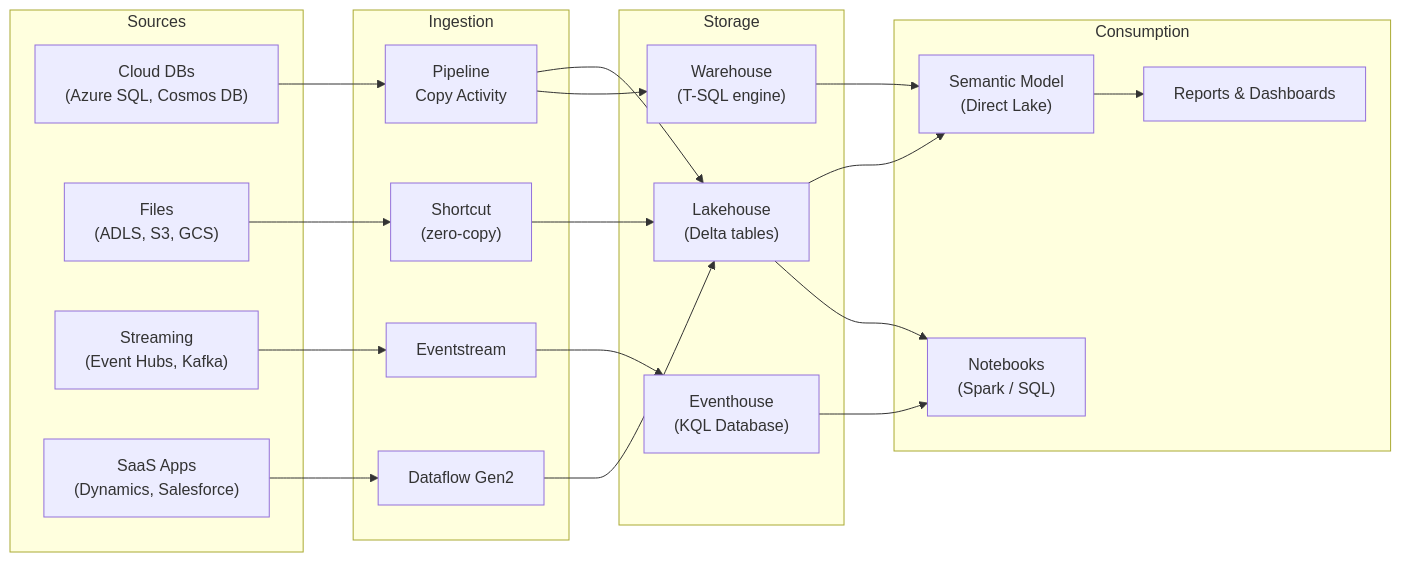
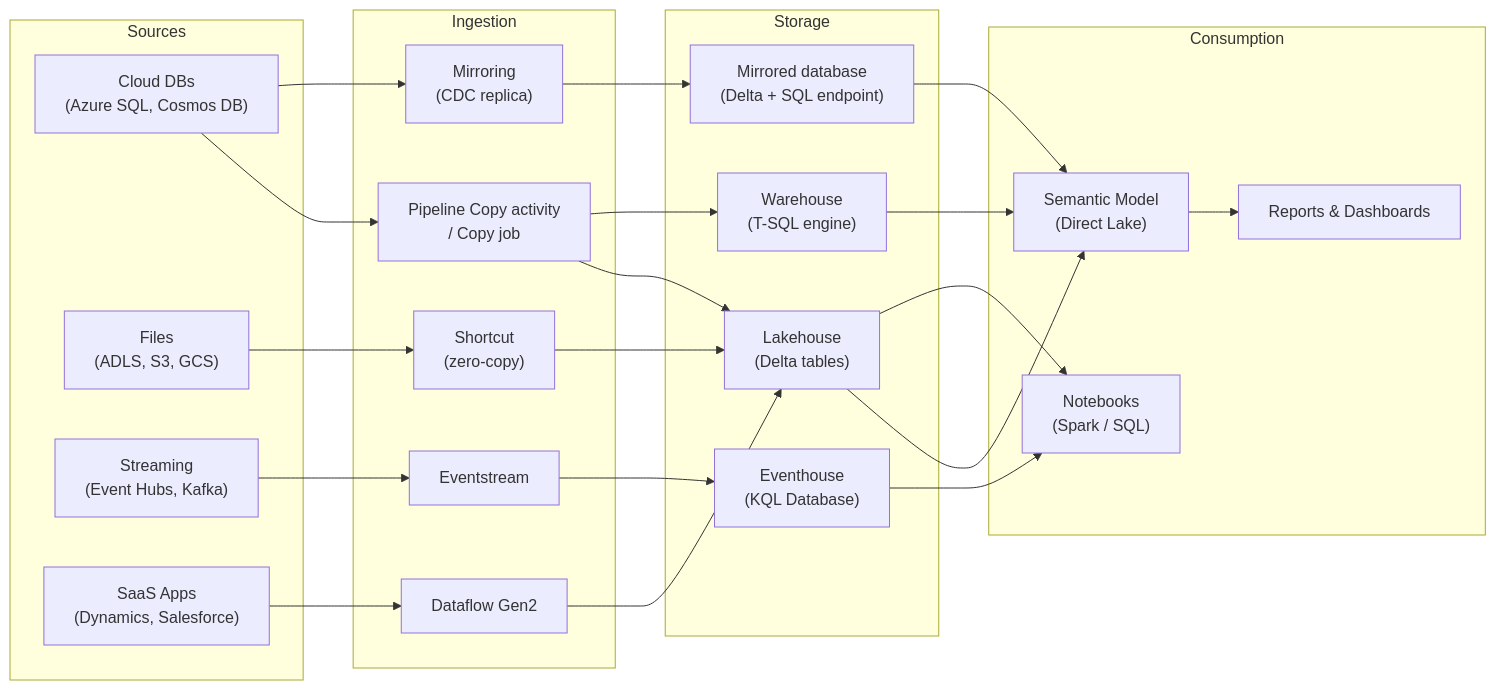
The sixth of 6 diagrams in 02-prepare-data.md (marcogrimaldi29/dp-600-study-notes), drawn with Mermaid before and after one commit. The commit also changed other lines of this file and 12 other files, not shown here.

````diff
--- a/02-prepare-data.md
+++ b/02-prepare-data.md
@@ -658,46 +689,51 @@
 ```mermaid
 flowchart LR
     subgraph Sources
         A1["Cloud DBs\n(Azure SQL, Cosmos DB)"]
         A2["Files\n(ADLS, S3, GCS)"]
         A3["Streaming\n(Event Hubs, Kafka)"]
         A4["SaaS Apps\n(Dynamics, Salesforce)"]
     end
 
     subgraph Ingestion
-        B1["Pipeline\nCopy Activity"]
+        B1["Pipeline Copy activity\n/ Copy job"]
         B2["Dataflow Gen2"]
         B3["Shortcut\n(zero-copy)"]
         B4["Eventstream"]
+        B5["Mirroring\n(CDC replica)"]
     end
 
     subgraph Storage
         C1["Lakehouse\n(Delta tables)"]
         C2["Warehouse\n(T-SQL engine)"]
         C3["Eventhouse\n(KQL Database)"]
+        C4["Mirrored database\n(Delta + SQL endpoint)"]
     end
 
     subgraph Consumption
         D1["Semantic Model\n(Direct Lake)"]
         D2["Reports & Dashboards"]
         D3["Notebooks\n(Spark / SQL)"]
     end
 
     A1 --> B1
+    A1 --> B5
     A2 --> B3
     A3 --> B4
     A4 --> B2
 
     B1 --> C1
     B1 --> C2
     B2 --> C1
     B3 --> C1
     B4 --> C3
+    B5 --> C4
 
     C1 --> D1
     C1 --> D3
     C2 --> D1
     C3 --> D3
+    C4 --> D1
 
     D1 --> D2
 ```
````
